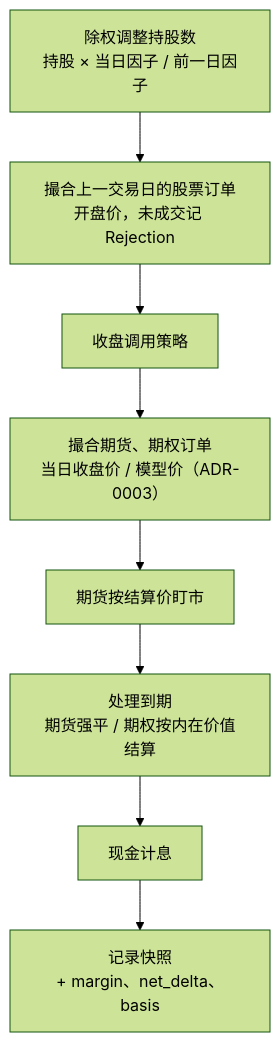
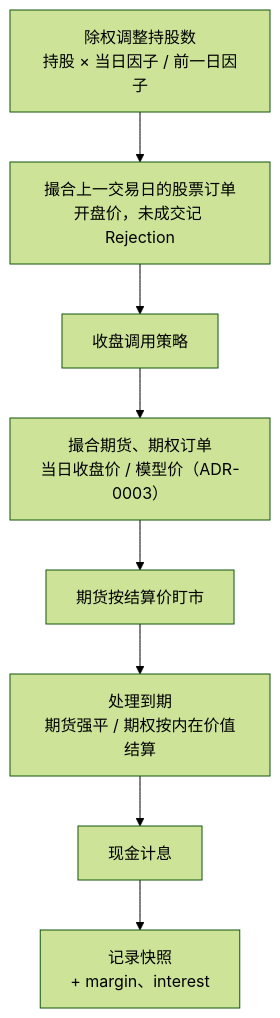
One commit to guevara12345/quant changed the third of 8 diagrams in docs/design.md. Above: the diagram before and after it, drawn with Mermaid (forest theme). The commit also changed other lines of this file and 16 other files, not shown here.

````diff
--- a/docs/design.md
+++ b/docs/design.md
@@ -164,10 +162,10 @@
 ```mermaid
 flowchart TD
     A["除权调整持股数<br/>持股 × 当日因子 / 前一日因子"] --> B["撮合上一交易日的股票订单<br/>开盘价，未成交记 Rejection"]
     B --> C[收盘调用策略]
     C --> D["撮合期货、期权订单<br/>当日收盘价 / 模型价（ADR-0003）"]
     D --> E[期货按结算价盯市]
     E --> F["处理到期<br/>期货强平 / 期权按内在价值结算"]
     F --> G[现金计息]
-    G --> H["记录快照<br/>+ margin、net_delta、basis"]
+    G --> H["记录快照<br/>+ margin、interest"]
 ```
````
